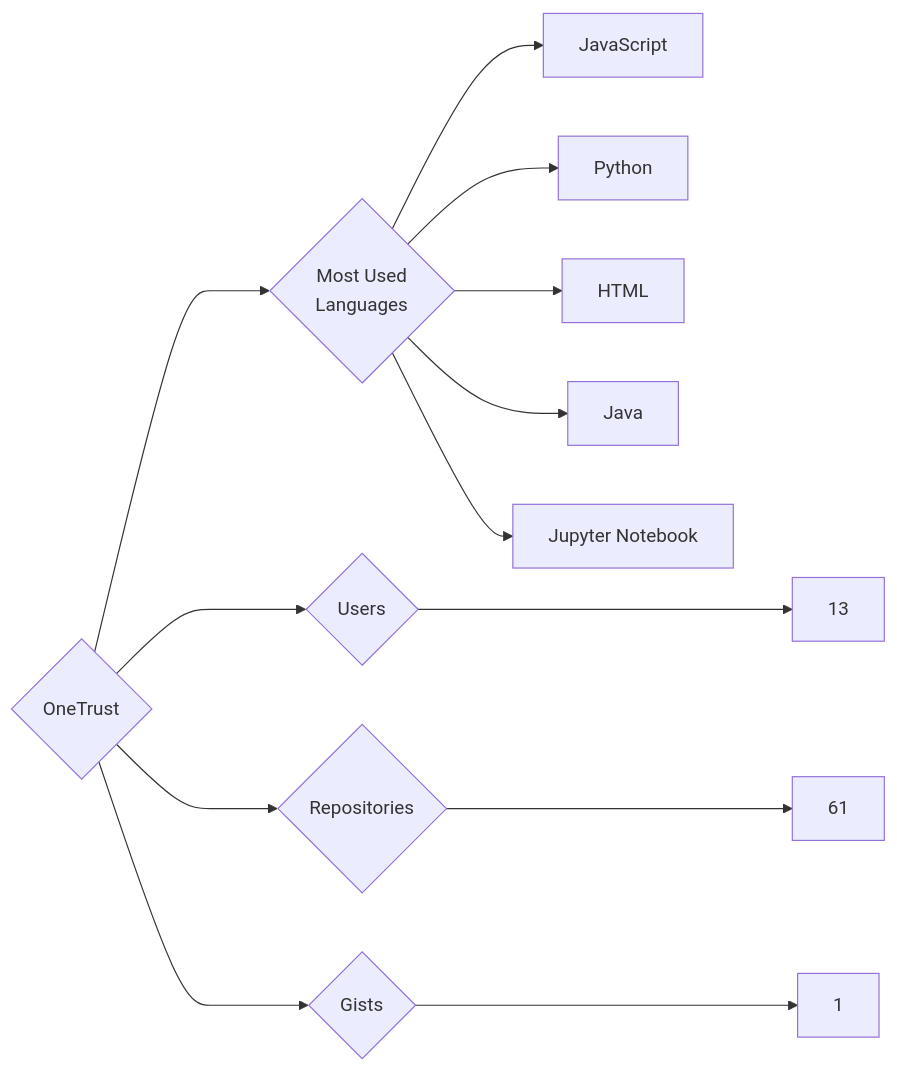
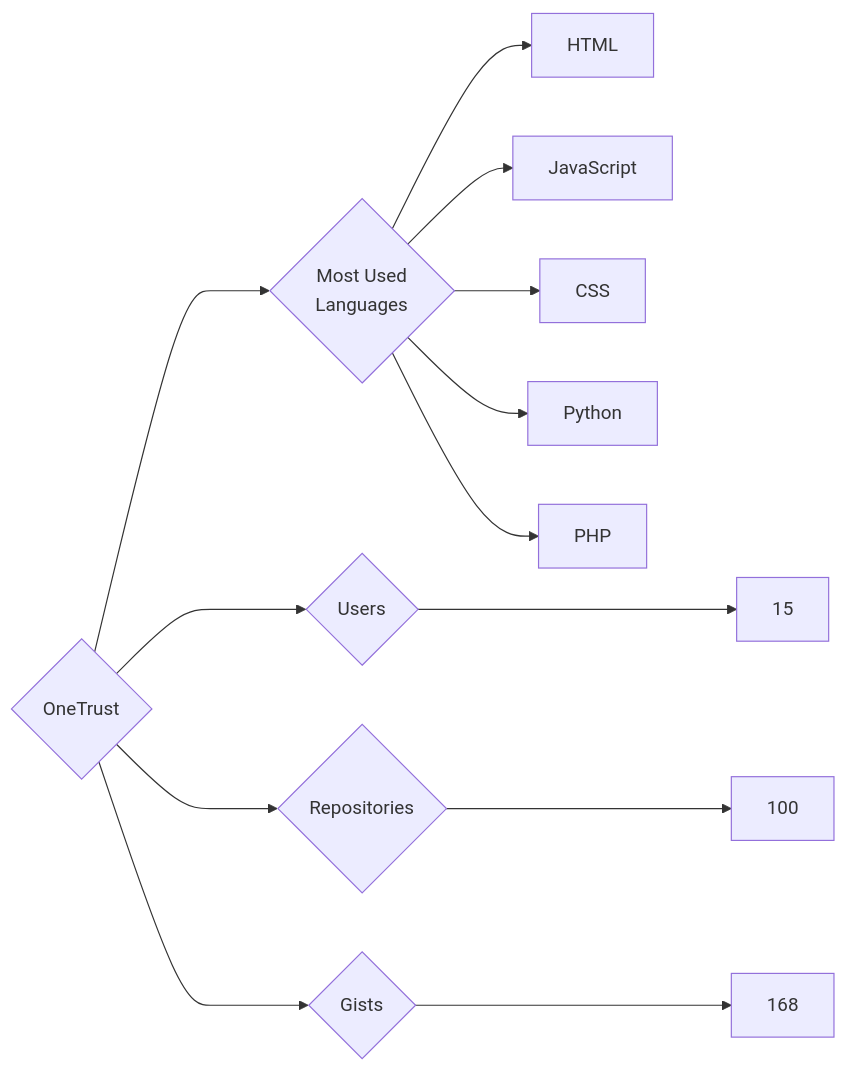
The diagram in targets/OneTrust/README.md (trickest/insiders), drawn with Mermaid before and after one commit. The commit also changed 973 other files, not shown here.

````diff
--- a/targets/OneTrust/README.md
+++ b/targets/OneTrust/README.md
@@ -3,13 +3,13 @@
 ```mermaid
 graph LR
 COMPANY_NAME{OneTrust}
-COMPANY_NAME ---> U{Users} ---> UN[13]
-COMPANY_NAME ---> R{Repositories} ---> RN[61]
-COMPANY_NAME ---> G{Gists} ---> GN[1]
+COMPANY_NAME ---> U{Users} ---> UN[15]
+COMPANY_NAME ---> R{Repositories} ---> RN[100]
+COMPANY_NAME ---> G{Gists} ---> GN[168]
 COMPANY_NAME ---> ML{Most Used<br>Languages}
+ML --> HTML[HTML]
 ML --> JavaScript[JavaScript]
+ML --> CSS[CSS]
 ML --> Python[Python]
-ML --> HTML[HTML]
-ML --> Java[Java]
-ML --> Jupyter_Notebook[Jupyter Notebook]
+ML --> PHP[PHP]
 ```
````
